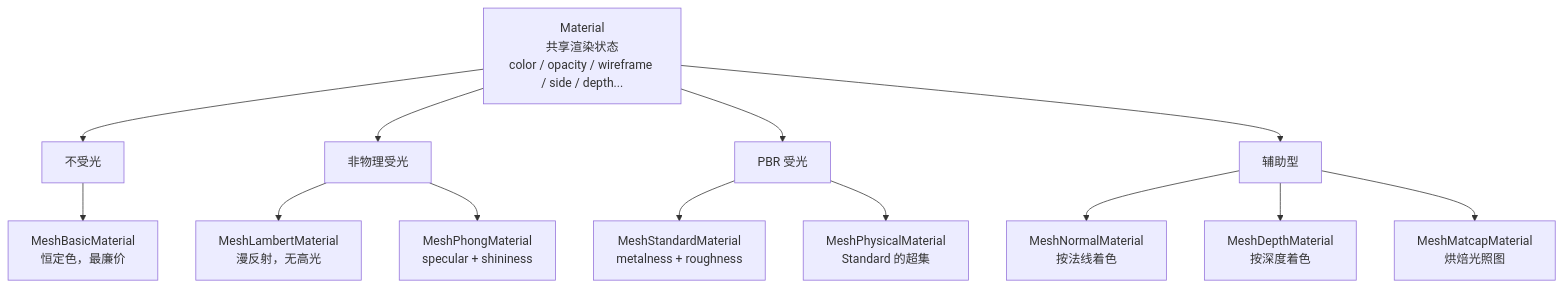
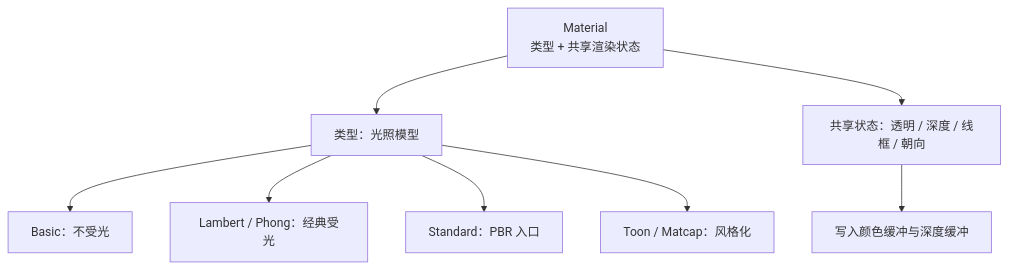
The diagram in language/javascript/library/ui/3d/three.js/cheatsheets/materials-and-render-states/README.mdx (zhbhun/frontend-learning), drawn with Mermaid before and after one commit. The commit also changed other lines of this file and 108 other files, not shown here.

````diff
--- a/language/javascript/library/ui/3d/three.js/cheatsheets/materials-and-render-states/README.mdx
+++ b/language/javascript/library/ui/3d/three.js/cheatsheets/materials-and-render-states/README.mdx
@@ -19,16 +17,11 @@
 ```mermaid
 flowchart TD
-  base["Material<br/>共享渲染状态<br/>color / opacity / wireframe / side / depth..."]
-  base --> unlit["不受光"]
-  base --> classic["非物理受光"]
-  base --> pbr["PBR 受光"]
-  base --> aux["辅助型"]
-  unlit --> B["MeshBasicMaterial<br/>恒定色，最廉价"]
-  classic --> L["MeshLambertMaterial<br/>漫反射，无高光"]
-  classic --> P["MeshPhongMaterial<br/>specular + shininess"]
-  pbr --> S["MeshStandardMaterial<br/>metalness + roughness"]
-  pbr --> PH["MeshPhysicalMaterial<br/>Standard 的超集"]
-  aux --> N["MeshNormalMaterial<br/>按法线着色"]
-  aux --> D["MeshDepthMaterial<br/>按深度着色"]
-  aux --> M["MeshMatcapMaterial<br/>烘焙光照图"]
+  mat["Material<br/>类型 + 共享渲染状态"]
+  mat --> type["类型：光照模型"]
+  mat --> state["共享状态：透明 / 深度 / 线框 / 朝向"]
+  type --> basic["Basic：不受光"]
+  type --> classic["Lambert / Phong：经典受光"]
+  type --> pbr["Standard：PBR 入口"]
+  type --> stylized["Toon / Matcap：风格化"]
+  state --> frame["写入颜色缓冲与深度缓冲"]
 ```
````
